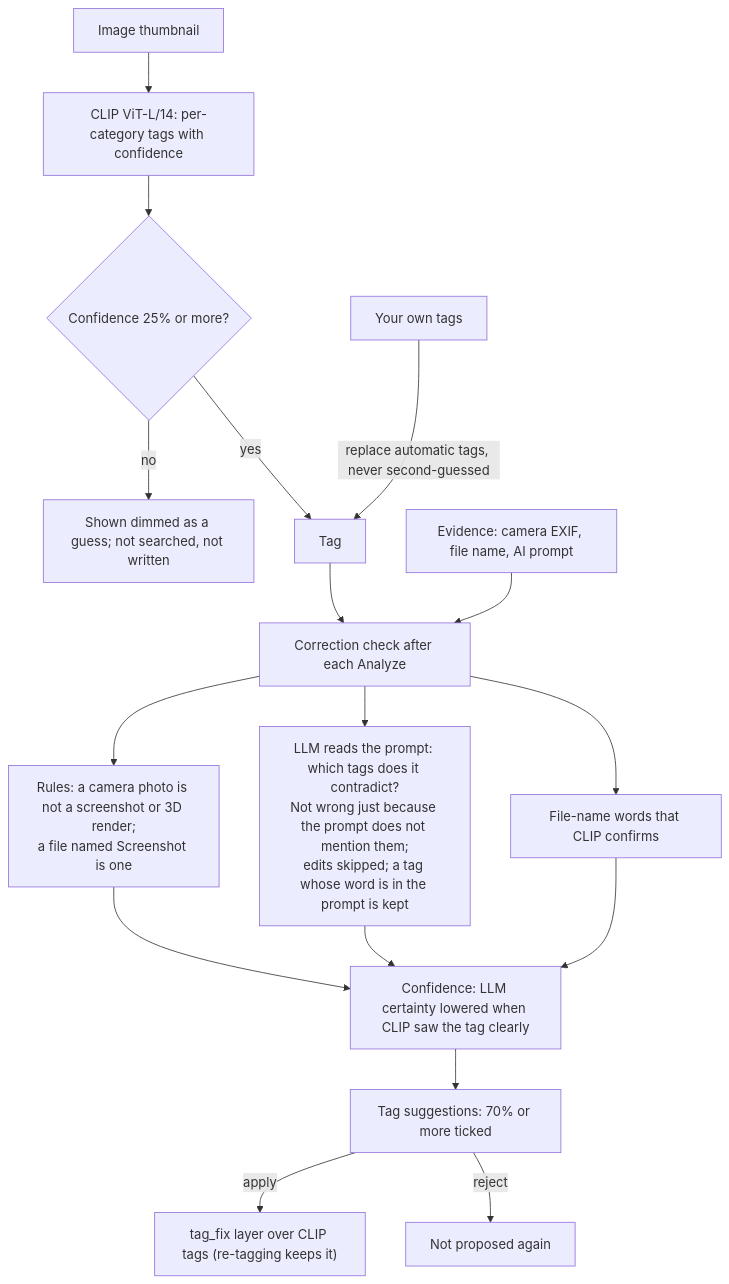
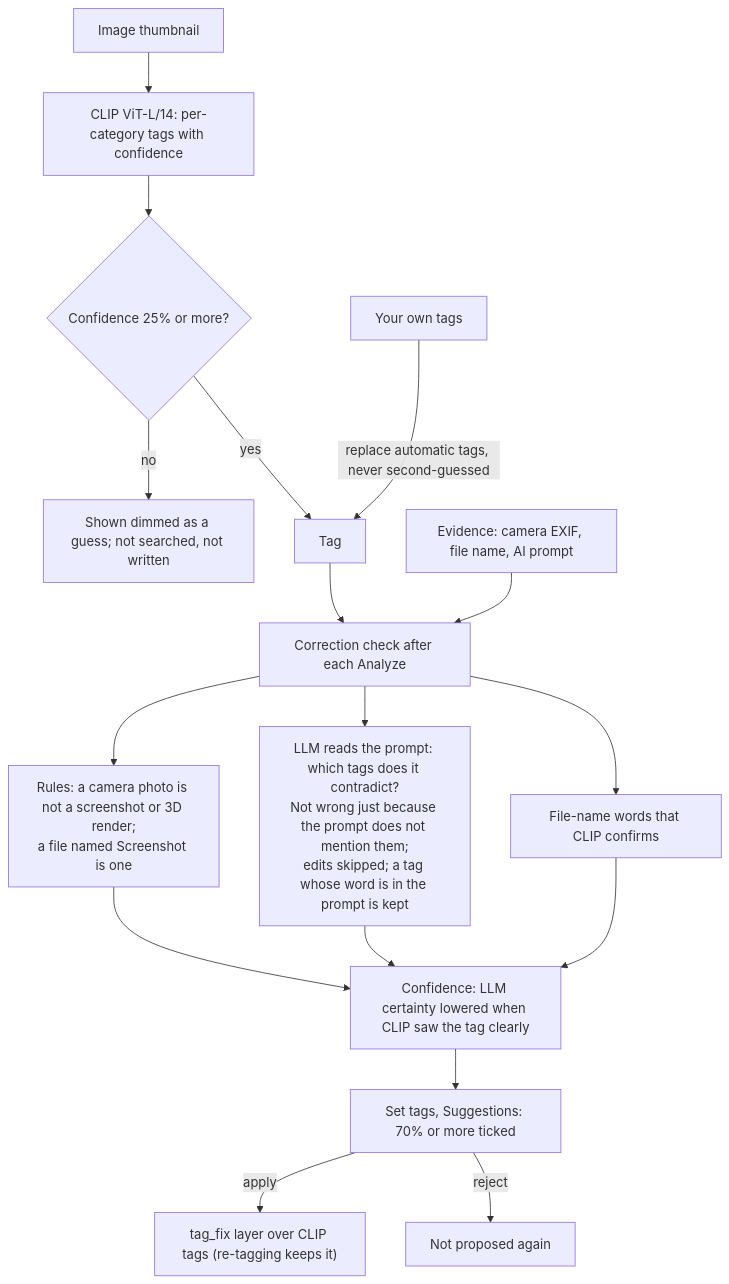
The third of 4 diagrams in README.md (jstdlee/jev-photos), drawn with Mermaid before and after one commit. The commit also changed other lines of this file and 16 other files, not shown here.

````diff
--- a/README.md
+++ b/README.md
@@ -426,19 +441,19 @@
 ```mermaid
 flowchart TD
     I[Image thumbnail] --> CLIP["CLIP ViT-L/14: per-category tags with confidence"]
     CLIP --> T{Confidence 25% or more?}
     T -->|no| GUESS["Shown dimmed as a guess; not searched, not written"]
     T -->|yes| TAG[Tag]
     TAG --> CHK[Correction check after each Analyze]
     EV["Evidence: camera EXIF, file name, AI prompt"] --> CHK
     CHK --> R1["Rules: a camera photo is not a screenshot or 3D render;<br/>a file named Screenshot is one"]
     CHK --> R2["LLM reads the prompt: which tags does it contradict?<br/>Not wrong just because the prompt does not mention them;<br/>edits skipped; a tag whose word is in the prompt is kept"]
     CHK --> R3["File-name words that CLIP confirms"]
     R1 --> CONF["Confidence: LLM certainty lowered when CLIP saw the tag clearly"]
     R2 --> CONF
     R3 --> CONF
-    CONF --> REV["Tag suggestions: 70% or more ticked"]
+    CONF --> REV["Set tags, Suggestions: 70% or more ticked"]
     REV -->|apply| FIX["tag_fix layer over CLIP tags (re-tagging keeps it)"]
     REV -->|reject| NO[Not proposed again]
     USER["Your own tags"] -->|replace automatic tags, never second-guessed| TAG
 ```
````
